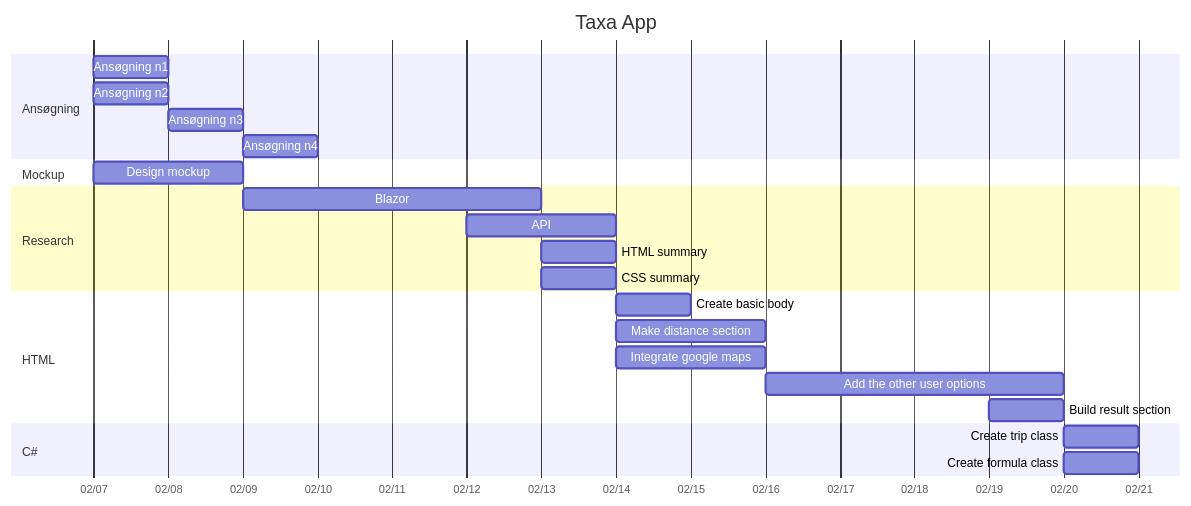
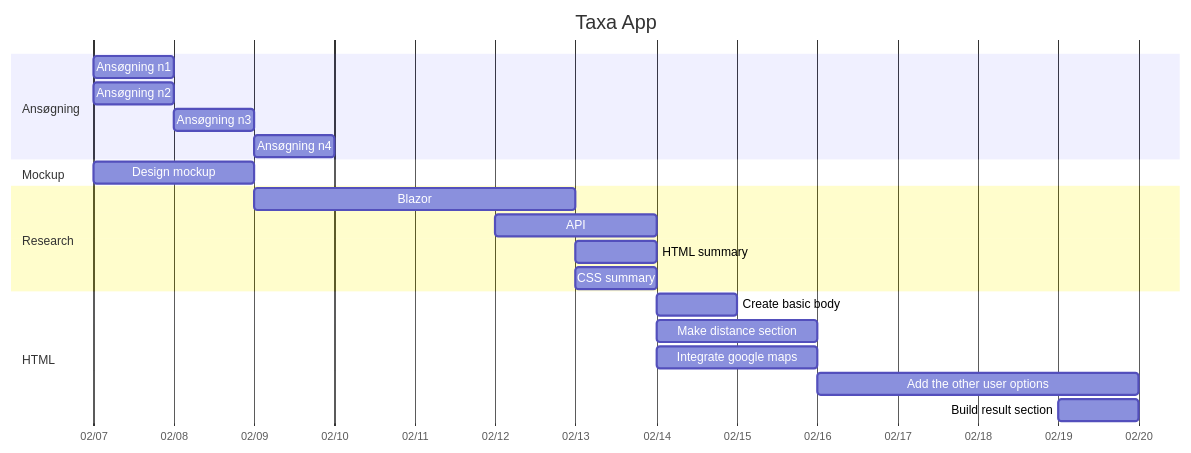
One commit to Dyerag/Taxa-app changed the diagram in README.md. Above: the diagram before and after it, drawn with Mermaid.

````diff
--- a/README.md
+++ b/README.md
@@ -3,55 +3,48 @@
 ```mermaid
 
 gantt
 
     title Taxa App
 
     dateFormat DD-MM-YY
 
     axisFormat %m/%d
 
     section Ansøgning
 
     Ansøgning n1 : 07-02-24, 1d
 
     Ansøgning n2 : 07-02-24, 1d
 
     Ansøgning n3 : 08-02-24, 1d
 
     Ansøgning n4 : 09-02-24, 1d
 
 
     section Mockup
 
     Design mockup : 07-02-24, 2d
 
     section Research
 
     Blazor : 09-02-24, 4d
 
     API : 12-02-24, 2d
 
     HTML summary: 13-02-24, 1d
 
     CSS summary: 13-02-24, 1d
 
 
     section HTML
 
     Create basic body : 14-02-24, 1d
 
     Make distance section : 14-02-24, 2d
 
     Integrate google maps : 14-02-24, 2d 
 
     Add the other user options : 16-02-24, 4d
 
     Build result section : 19-02-24, 1d
-
- 
-    section C#
-
-    Create trip class : 20-02-24, 1d
-
-    Create formula class : 20-02-24, 1d
 ```
````
